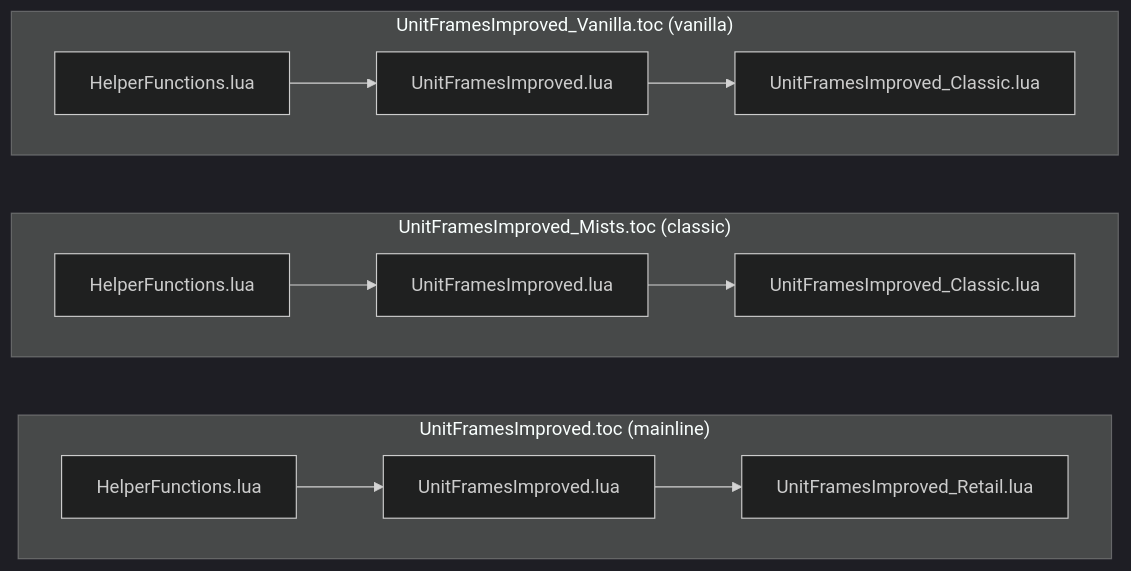
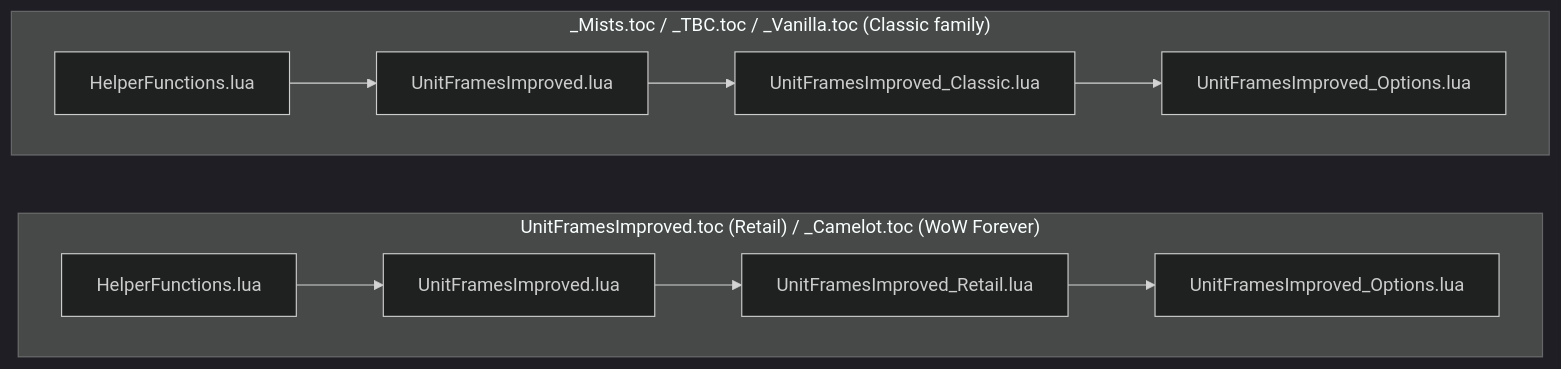
The first of 5 diagrams in ARCHITECTURE.md (kiforsbe/UnitFramesImproved), drawn with Mermaid (dark theme) before and after one commit. The commit also changed other lines of this file and 19 other files, not shown here.

````diff
--- a/ARCHITECTURE.md
+++ b/ARCHITECTURE.md
@@ -31,15 +32,11 @@
 ```mermaid
 flowchart LR
-    subgraph R["UnitFramesImproved.toc (mainline)"]
+    subgraph M["UnitFramesImproved.toc (Retail) / _Camelot.toc (WoW Forever)"]
         direction LR
-        H1[HelperFunctions.lua] --> S1[UnitFramesImproved.lua] --> F1[UnitFramesImproved_Retail.lua]
+        H1[HelperFunctions.lua] --> S1[UnitFramesImproved.lua] --> F1[UnitFramesImproved_Retail.lua] --> O1[UnitFramesImproved_Options.lua]
     end
-    subgraph C["UnitFramesImproved_Mists.toc (classic)"]
+    subgraph C["_Mists.toc / _TBC.toc / _Vanilla.toc (Classic family)"]
         direction LR
-        H2[HelperFunctions.lua] --> S2[UnitFramesImproved.lua] --> F2[UnitFramesImproved_Classic.lua]
-    end
-    subgraph V["UnitFramesImproved_Vanilla.toc (vanilla)"]
-        direction LR
-        H3[HelperFunctions.lua] --> S3[UnitFramesImproved.lua] --> F3[UnitFramesImproved_Classic.lua]
+        H2[HelperFunctions.lua] --> S2[UnitFramesImproved.lua] --> F2[UnitFramesImproved_Classic.lua] --> O2[UnitFramesImproved_Options.lua]
     end
 ```
````
